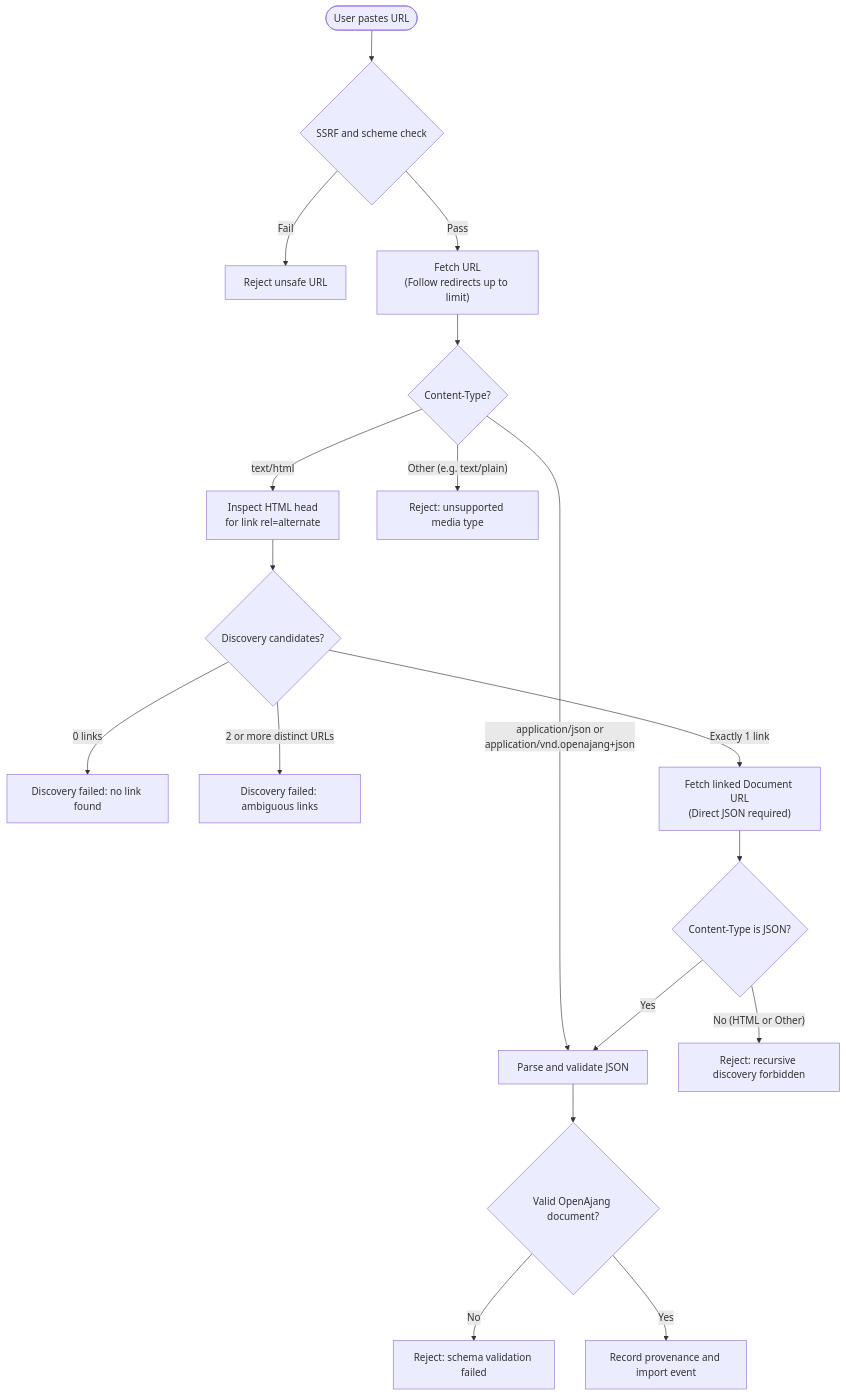
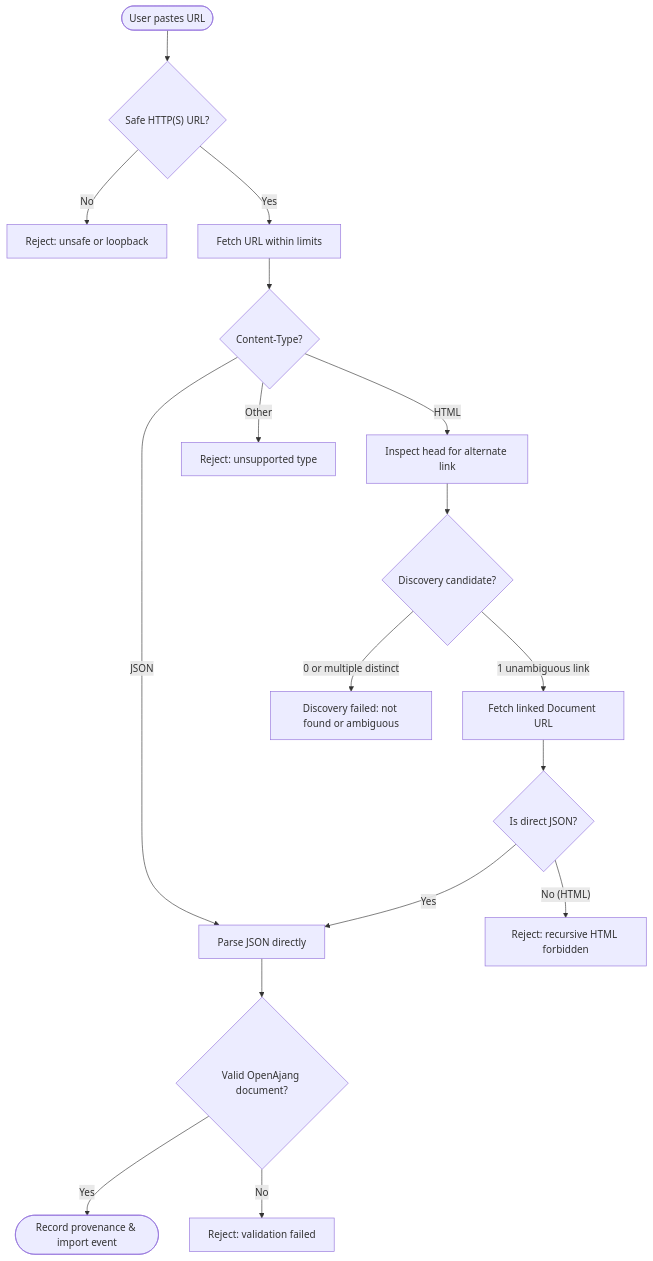
Before and after one commit to nedpals/openajang: the diagram in packages/site/src/content/guides/resolve-and-import-a-url.md, drawn with Mermaid. The commit also changed 4 other files, not shown here.

Commit message:
docs(site): optimize mermaid flowchart scaling and format independence disclaimer

````diff
--- a/packages/site/src/content/guides/resolve-and-import-a-url.md
+++ b/packages/site/src/content/guides/resolve-and-import-a-url.md
@@ -18,24 +18,23 @@
 ```mermaid
 flowchart TD
-    Start(["User pastes URL"]) --> SafeCheck{"SSRF and scheme check"}
-    SafeCheck -->|"Fail"| ErrReject["Reject unsafe URL"]
-    SafeCheck -->|"Pass"| FetchPasted["Fetch URL<br/>(Follow redirects up to limit)"]
-    FetchPasted --> CheckType{"Content-Type?"}
+    Start(["User pastes URL"]) --> SafeCheck{"Safe HTTP(S) URL?"}
+    SafeCheck -->|"No"| ErrSafe["Reject: unsafe or loopback"]
+    SafeCheck -->|"Yes"| Fetch["Fetch URL within limits"]
 
-    CheckType -->|"application/json or<br/>application/vnd.openajang+json"| ParseJSON["Parse and validate JSON"]
-    CheckType -->|"text/html"| DiscoverHead["Inspect HTML head<br/>for link rel=alternate"]
-    CheckType -->|"Other (e.g. text/plain)"| ErrType["Reject: unsupported media type"]
+    Fetch --> CheckType{"Content-Type?"}
+    CheckType -->|"JSON"| DirectJSON["Parse JSON directly"]
+    CheckType -->|"HTML"| Discover["Inspect head for alternate link"]
+    CheckType -->|"Other"| ErrType["Reject: unsupported type"]
 
-    DiscoverHead --> CheckCandidates{"Discovery candidates?"}
-    CheckCandidates -->|"0 links"| ErrNotFound["Discovery failed: no link found"]
-    CheckCandidates -->|"2 or more distinct URLs"| ErrAmbiguous["Discovery failed: ambiguous links"]
-    CheckCandidates -->|"Exactly 1 link"| FetchDoc["Fetch linked Document URL<br/>(Direct JSON required)"]
+    Discover --> Candidates{"Discovery candidate?"}
+    Candidates -->|"1 unambiguous link"| FetchLinked["Fetch linked Document URL"]
+    Candidates -->|"0 or multiple distinct"| ErrDisc["Discovery failed: not found or ambiguous"]
 
-    FetchDoc --> CheckDocType{"Content-Type is JSON?"}
-    CheckDocType -->|"No (HTML or Other)"| ErrRecursive["Reject: recursive discovery forbidden"]
-    CheckDocType -->|"Yes"| ParseJSON
+    FetchLinked --> LinkedType{"Is direct JSON?"}
+    LinkedType -->|"Yes"| DirectJSON
+    LinkedType -->|"No (HTML)"| ErrRecursive["Reject: recursive HTML forbidden"]
 
-    ParseJSON --> Validate{"Valid OpenAjang document?"}
-    Validate -->|"No"| ErrValidation["Reject: schema validation failed"]
-    Validate -->|"Yes"| SaveDoc["Record provenance and import event"]
+    DirectJSON --> Validate{"Valid OpenAjang document?"}
+    Validate -->|"Yes"| SaveDoc(["Record provenance & import event"])
+    Validate -->|"No"| ErrValidation["Reject: validation failed"]
 ```
````
